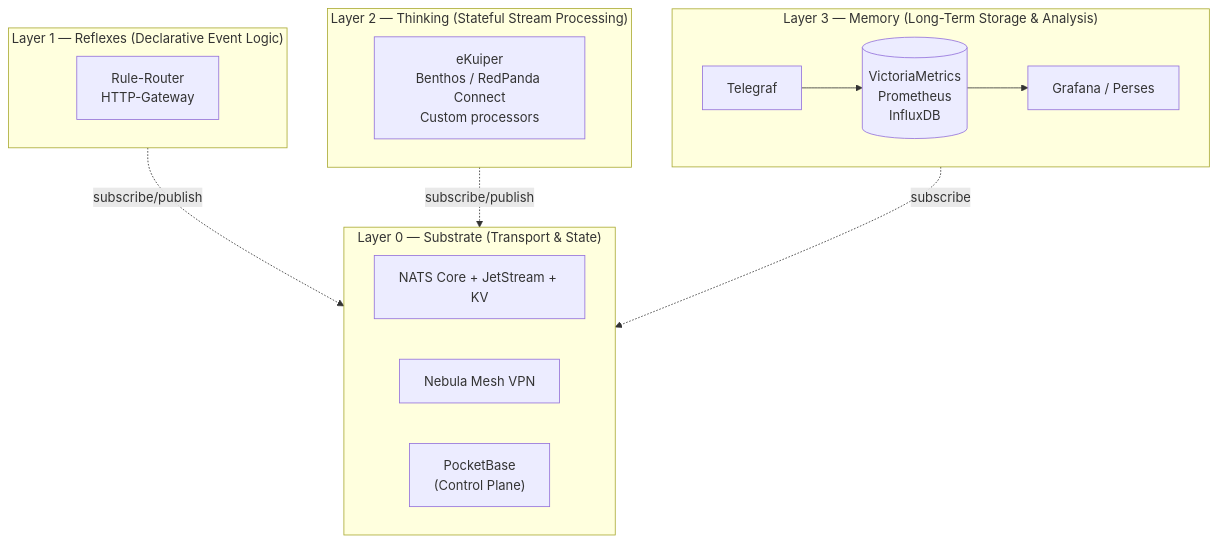
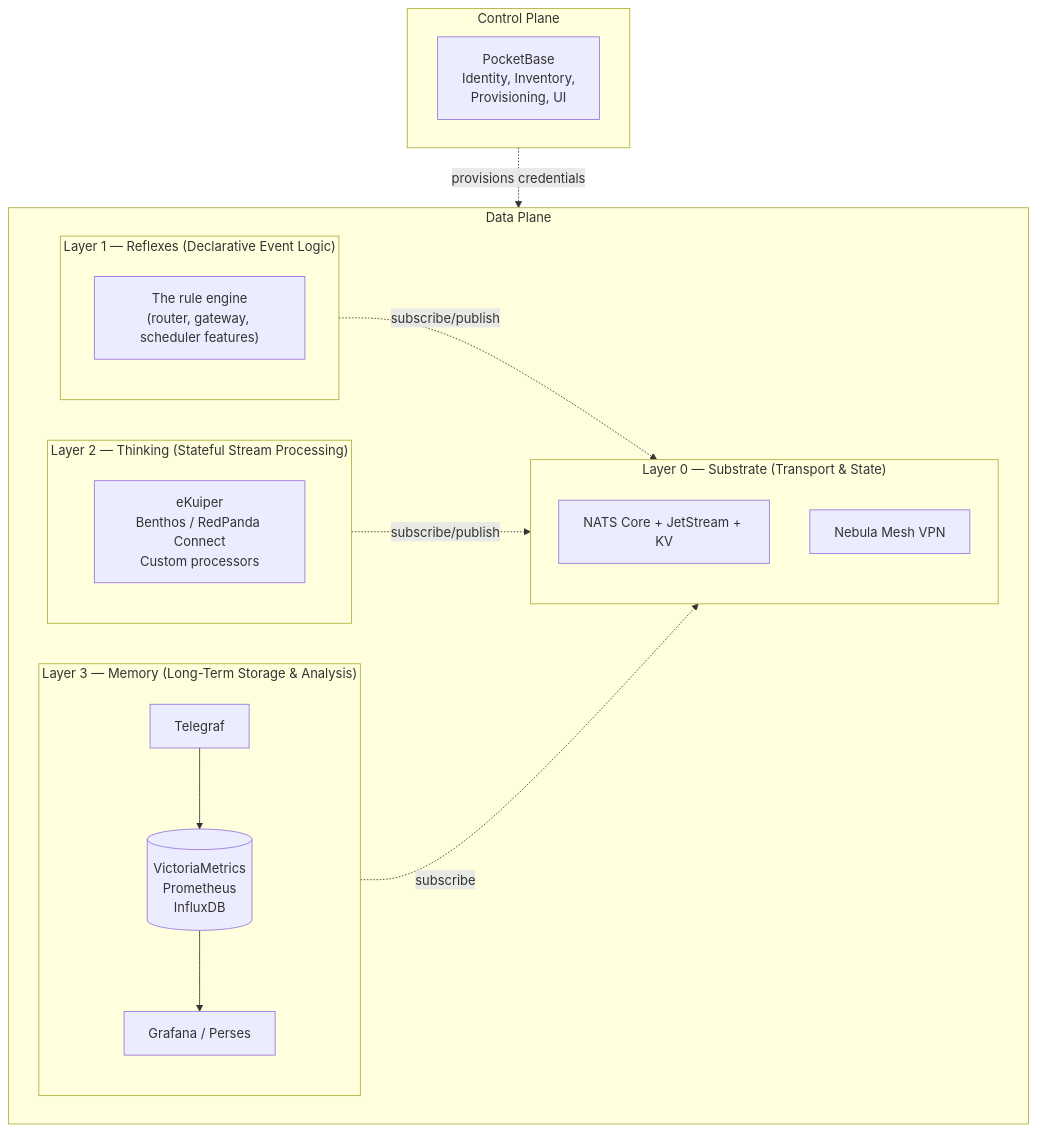
The first of 2 diagrams in docs/platform-layers.md (stone-age-io/platform-docs), drawn with Mermaid before and after one commit. The commit also changed other lines of this file and 10 other files, not shown here.

````diff
--- a/docs/platform-layers.md
+++ b/docs/platform-layers.md
@@ -12,27 +29,34 @@
 ```mermaid
 graph TB
-    subgraph L3["Layer 3 — Memory (Long-Term Storage & Analysis)"]
-        Telegraf["Telegraf"]
-        TSDB[("VictoriaMetrics<br/>Prometheus<br/>InfluxDB")]
-        Grafana["Grafana / Perses"]
-        Telegraf --> TSDB --> Grafana
+    subgraph CP["Control Plane"]
+        PB["PocketBase<br/>Identity, Inventory,<br/>Provisioning, UI"]
     end
 
-    subgraph L2["Layer 2 — Thinking (Stateful Stream Processing)"]
-        SP["eKuiper<br/>Benthos / RedPanda Connect<br/>Custom processors"]
+    subgraph DP["Data Plane"]
+        subgraph L3["Layer 3 — Memory (Long-Term Storage & Analysis)"]
+            Telegraf["Telegraf"]
+            TSDB[("VictoriaMetrics<br/>Prometheus<br/>InfluxDB")]
+            Grafana["Grafana / Perses"]
+            Telegraf --> TSDB --> Grafana
+        end
+
+        subgraph L2["Layer 2 — Thinking (Stateful Stream Processing)"]
+            SP["eKuiper<br/>Benthos / RedPanda Connect<br/>Custom processors"]
+        end
+
+        subgraph L1["Layer 1 — Reflexes (Declarative Event Logic)"]
+            RR["The rule engine<br/>(router, gateway, scheduler features)"]
+        end
+
+        subgraph L0["Layer 0 — Substrate (Transport & State)"]
+            NATS["NATS Core + JetStream + KV"]
+            Nebula["Nebula Mesh VPN"]
+        end
+
+        L1 -.->|"subscribe/publish"| L0
+        L2 -.->|"subscribe/publish"| L0
+        L3 -.->|"subscribe"| L0
     end
 
-    subgraph L1["Layer 1 — Reflexes (Declarative Event Logic)"]
-        RR["Rule-Router<br/>HTTP-Gateway"]
-    end
-
-    subgraph L0["Layer 0 — Substrate (Transport & State)"]
-        NATS["NATS Core + JetStream + KV"]
-        Nebula["Nebula Mesh VPN"]
-        PB["PocketBase<br/>(Control Plane)"]
-    end
-
-    L1 -.->|"subscribe/publish"| L0
-    L2 -.->|"subscribe/publish"| L0
-    L3 -.->|"subscribe"| L0
+    CP -.->|"provisions credentials"| DP
 ```
````
